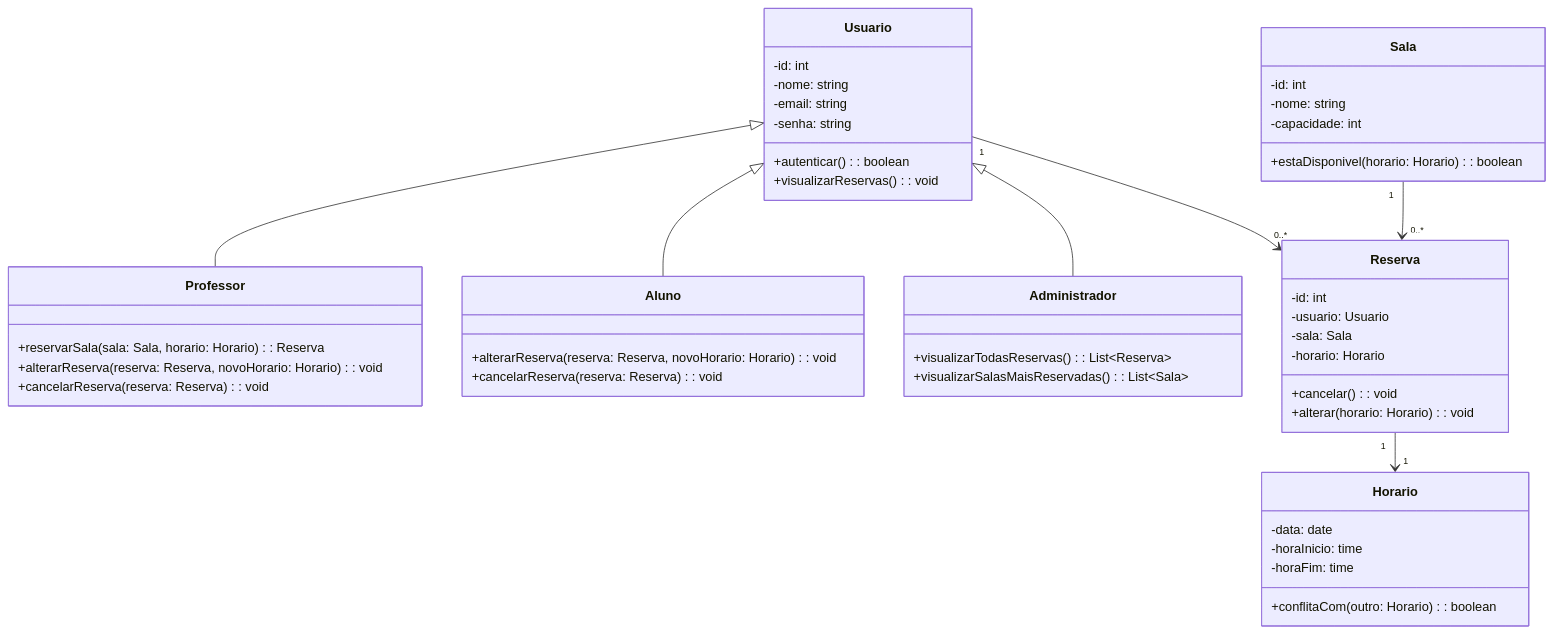
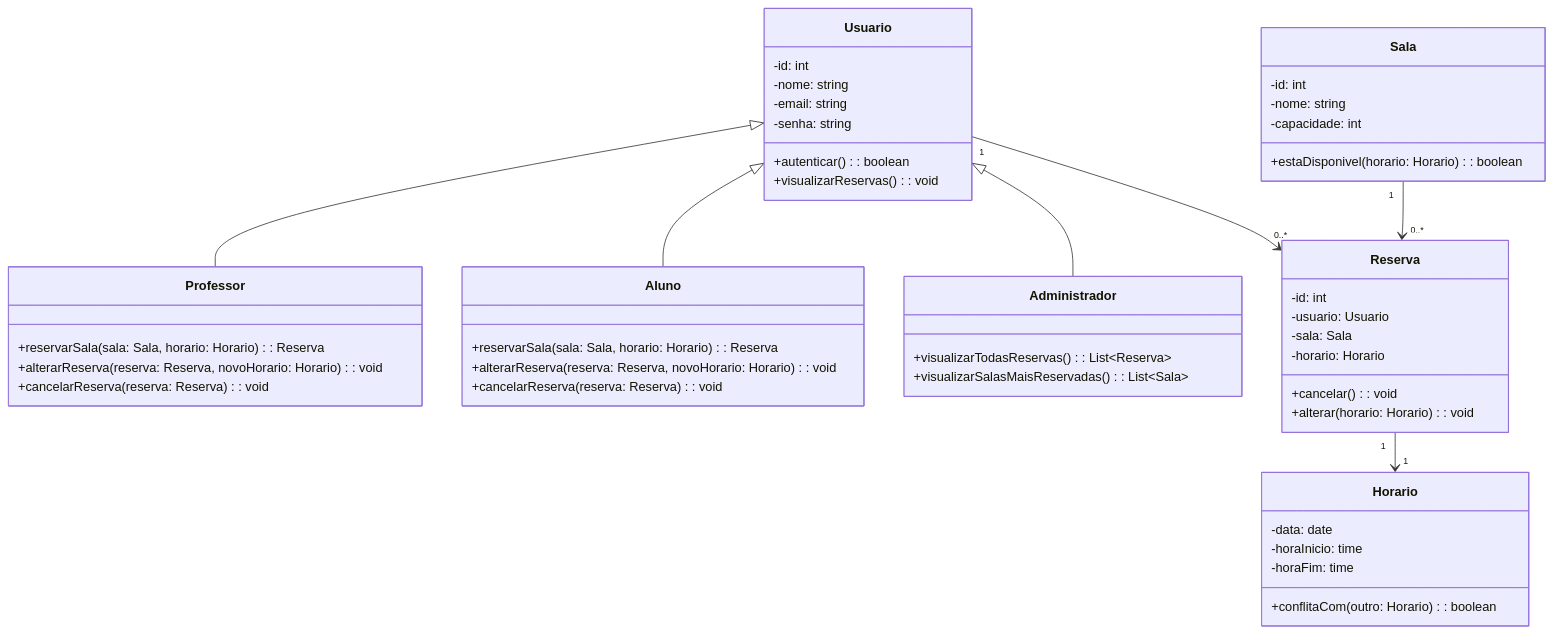
Before and after one commit to GustavoRinck/ReservaFacil: the diagram in DiagramaDeClasses.mmd, drawn with Mermaid. The commit also changed other lines of this file, not shown here.

```diff
--- a/DiagramaDeClasses.mmd
+++ b/DiagramaDeClasses.mmd
@@ -1,60 +1,61 @@
 classDiagram
     class Usuario {
         -id: int
         -nome: string
         -email: string
         -senha: string
         +autenticar(): boolean
         +visualizarReservas(): void
     }
 
     class Professor {
         +reservarSala(sala: Sala, horario: Horario): Reserva
         +alterarReserva(reserva: Reserva, novoHorario: Horario): void
                 +cancelarReserva(reserva: Reserva): void
 
     }
 
     class Aluno {
+        +reservarSala(sala: Sala, horario: Horario): Reserva
                 +alterarReserva(reserva: Reserva, novoHorario: Horario): void
 
         +cancelarReserva(reserva: Reserva): void
     }
 
     class Administrador {
         +visualizarTodasReservas(): List~Reserva~
         +visualizarSalasMaisReservadas(): List~Sala~
     }
 
     class Sala {
         -id: int
         -nome: string
         -capacidade: int
         +estaDisponivel(horario: Horario): boolean
     }
 
     class Reserva {
         -id: int
         -usuario: Usuario
         -sala: Sala
         -horario: Horario
         +cancelar(): void
         +alterar(horario: Horario): void
     }
 
     class Horario {
         -data: date
         -horaInicio: time
         -horaFim: time
         +conflitaCom(outro: Horario): boolean
     }
 
     %% Heranças
     Usuario <|-- Professor
     Usuario <|-- Aluno
     Usuario <|-- Administrador
 
     %% Relacionamentos
     Sala "1" --> "0..*" Reserva
     Usuario "1" --> "0..*" Reserva
     Reserva "1" --> "1" Horario
```
